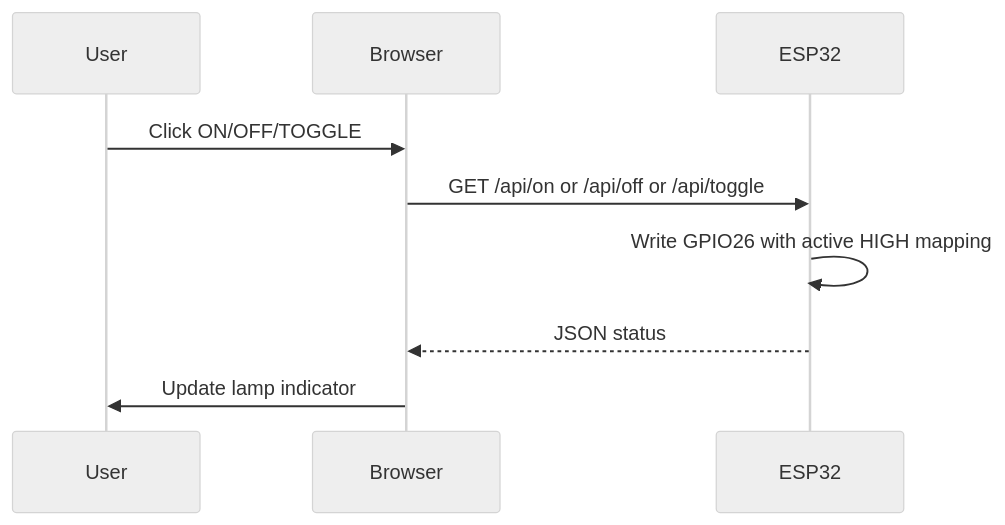
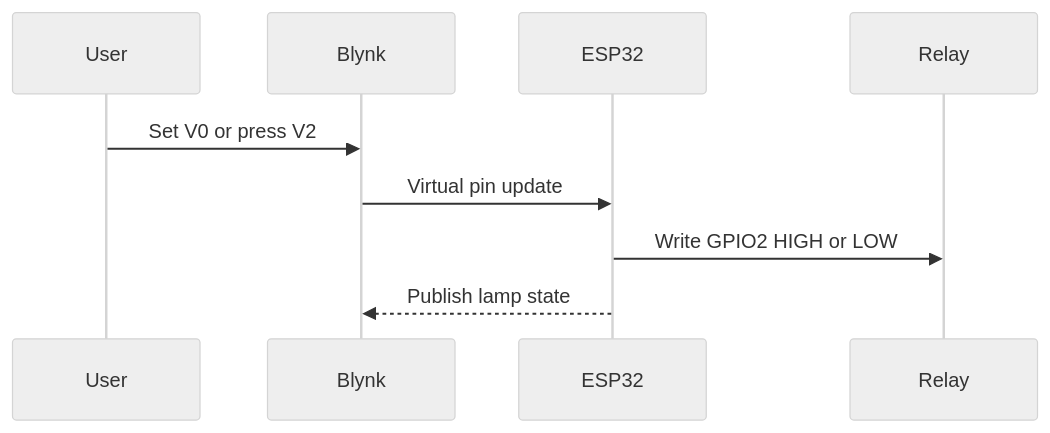
One commit to fatidaprilian/ClapControl-IoT changed the third of 3 diagrams in docs/flow-overview.md. Above: the diagram before and after it, drawn with Mermaid (neutral theme). The commit also changed other lines of this file and 18 other files, not shown here.

````diff
--- a/docs/flow-overview.md
+++ b/docs/flow-overview.md
@@ -52,11 +35,11 @@
 ```mermaid
 sequenceDiagram
   participant User
-  participant Browser
+  participant Blynk
   participant ESP32
-  User->>Browser: Click ON/OFF/TOGGLE
-  Browser->>ESP32: GET /api/on or /api/off or /api/toggle
-  ESP32->>ESP32: Write GPIO26 with active HIGH mapping
-  ESP32-->>Browser: JSON status
-  Browser->>User: Update lamp indicator
+  participant Relay
+  User->>Blynk: Set V0 or press V2
+  Blynk->>ESP32: Virtual pin update
+  ESP32->>Relay: Write GPIO2 HIGH or LOW
+  ESP32-->>Blynk: Publish lamp state
 ```
````
